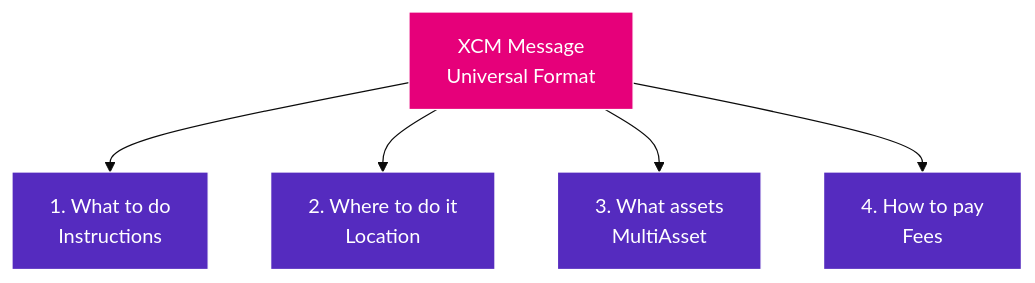
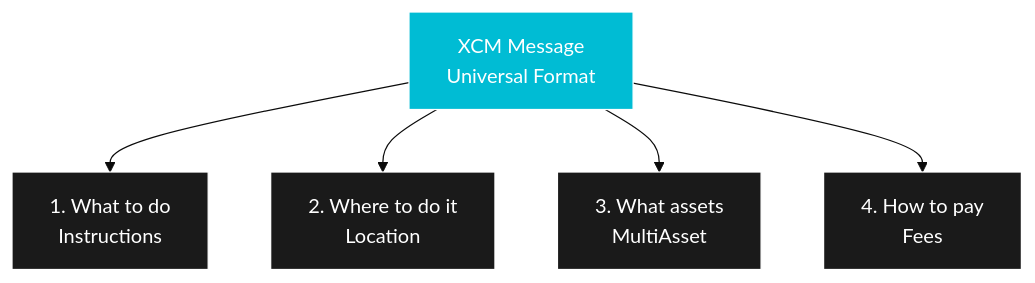
The third of 6 diagrams in slides/cross-chain-defi-primitives.md (openguild-labs/polkadot-codecamp), drawn with Mermaid (base theme) before and after one commit. The commit also changed other lines of this file and 6 other files, not shown here.

````diff
--- a/slides/cross-chain-defi-primitives.md
+++ b/slides/cross-chain-defi-primitives.md
@@ -109,15 +109,15 @@
 ```mermaid
 graph TB
     MSG[XCM Message<br/>Universal Format]
 
     MSG --> INST[1. What to do<br/>Instructions]
     MSG --> LOC[2. Where to do it<br/>Location]
     MSG --> ASSET[3. What assets<br/>MultiAsset]
     MSG --> FEE[4. How to pay<br/>Fees]
 
-    style MSG fill:#E6007A,stroke:#fff,color:#fff
-    style INST fill:#552BBF,stroke:#fff,color:#fff
-    style LOC fill:#552BBF,stroke:#fff,color:#fff
-    style ASSET fill:#552BBF,stroke:#fff,color:#fff
-    style FEE fill:#552BBF,stroke:#fff,color:#fff
+    style MSG fill:#00BCD4,stroke:#fff,color:#fff
+    style INST fill:#1a1a1a,stroke:#fff,color:#fff
+    style LOC fill:#1a1a1a,stroke:#fff,color:#fff
+    style ASSET fill:#1a1a1a,stroke:#fff,color:#fff
+    style FEE fill:#1a1a1a,stroke:#fff,color:#fff
 ```
````
